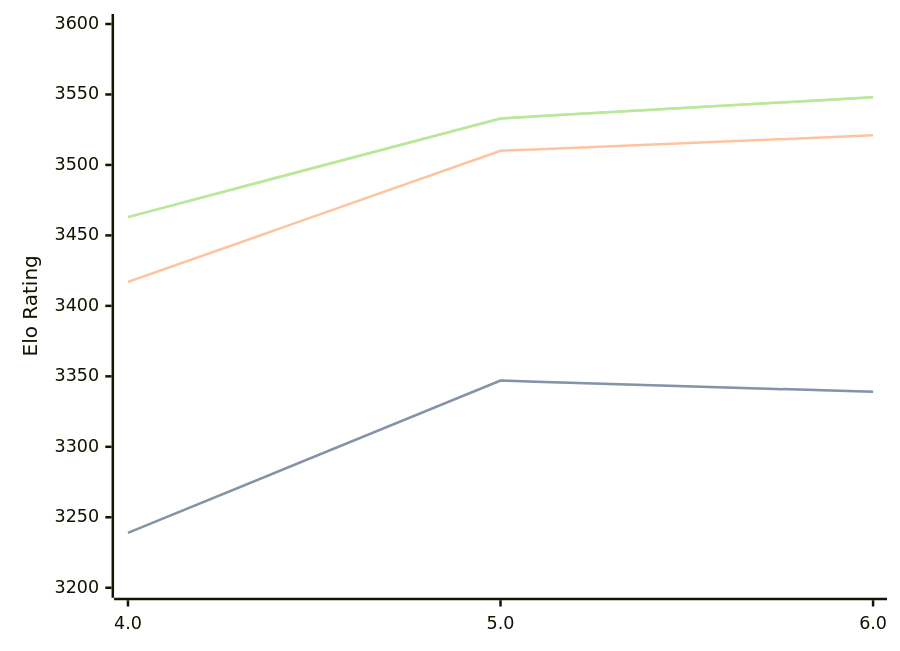
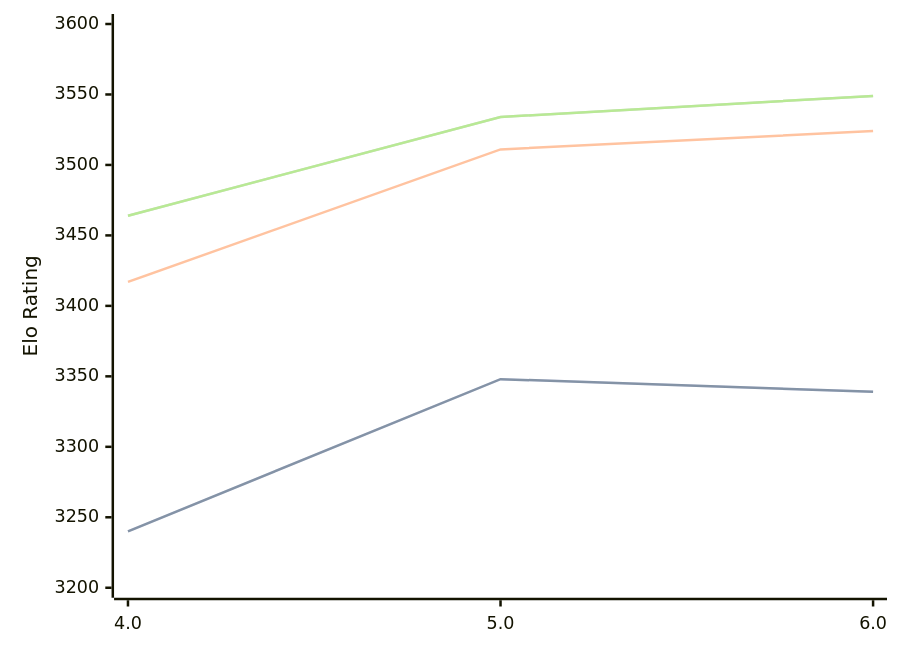
One commit to computer-chess-index/cci changed the third of 3 diagrams in engines/Tarnished.md. Above: the diagram before and after it, drawn with Mermaid. The commit also changed other lines of this file, not shown here.

Commit message:
Update CCI Ratings (ELO VLTC) - 2026-06-22

````diff
--- a/engines/Tarnished.md
+++ b/engines/Tarnished.md
@@ -70,11 +70,11 @@
 ```mermaid
 %%{init: {"theme":"base","themeVariables":{"seriesColors:['#a3a3a3','#222221','#faa371']}}}%%
 xychart-beta
   x-axis ["4.0", "5.0", "6.0"]
   y-axis "Elo Rating" 3200 --> 3600
-  line "STC (8.0+0.08s)" [3239, 3347, 3339]
-  line "STC (8.0+0.08s)" [3239, 3347, 3339]
-  line "LTC (60.0+0.60s)" [3417, 3510, 3521]
-  line "VLTC (2m24s+1.12s)" [3463, 3533, 3548]
-  line "VLTC (2m24s+1.12s)" [3463, 3533, 3548]
+  line "STC (8.0+0.08s)" [3240, 3348, 3339]
+  line "STC (8.0+0.08s)" [3240, 3348, 3339]
+  line "LTC (60.0+0.60s)" [3417, 3511, 3524]
+  line "VLTC (2m24s+1.12s)" [3464, 3534, 3549]
+  line "VLTC (2m24s+1.12s)" [3464, 3534, 3549]
 ```
````
